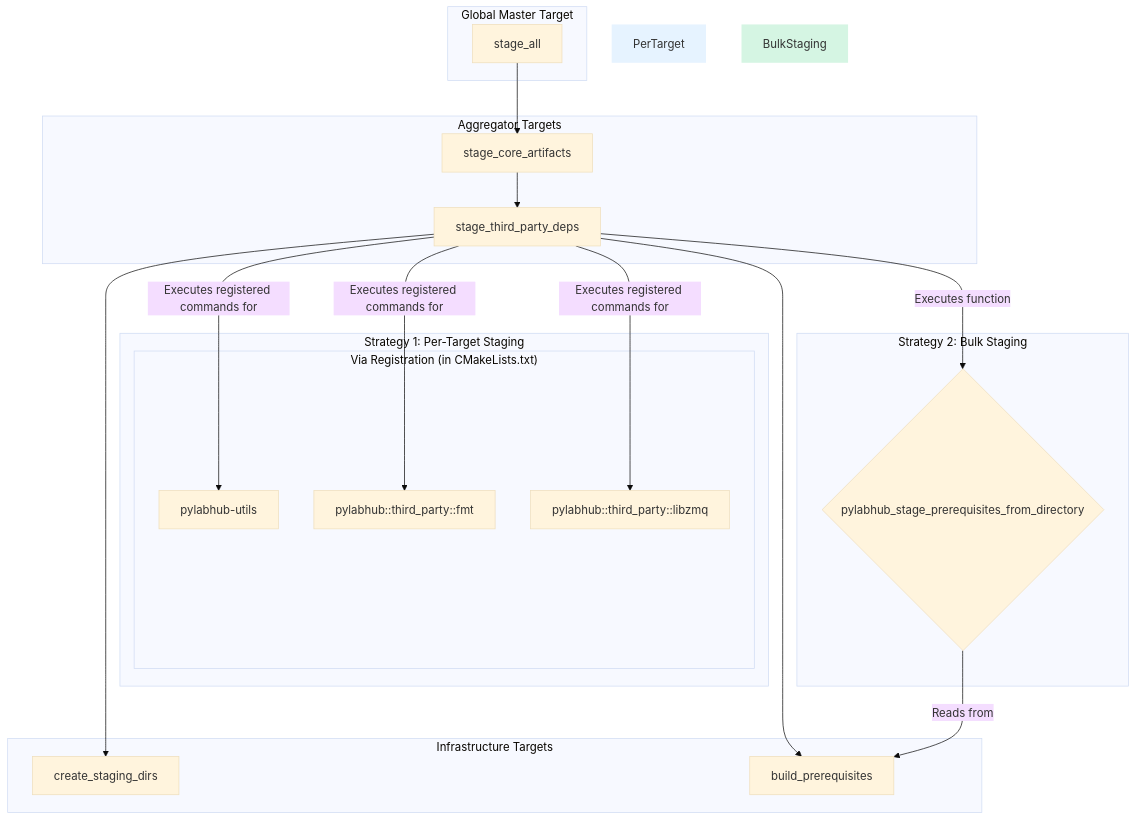
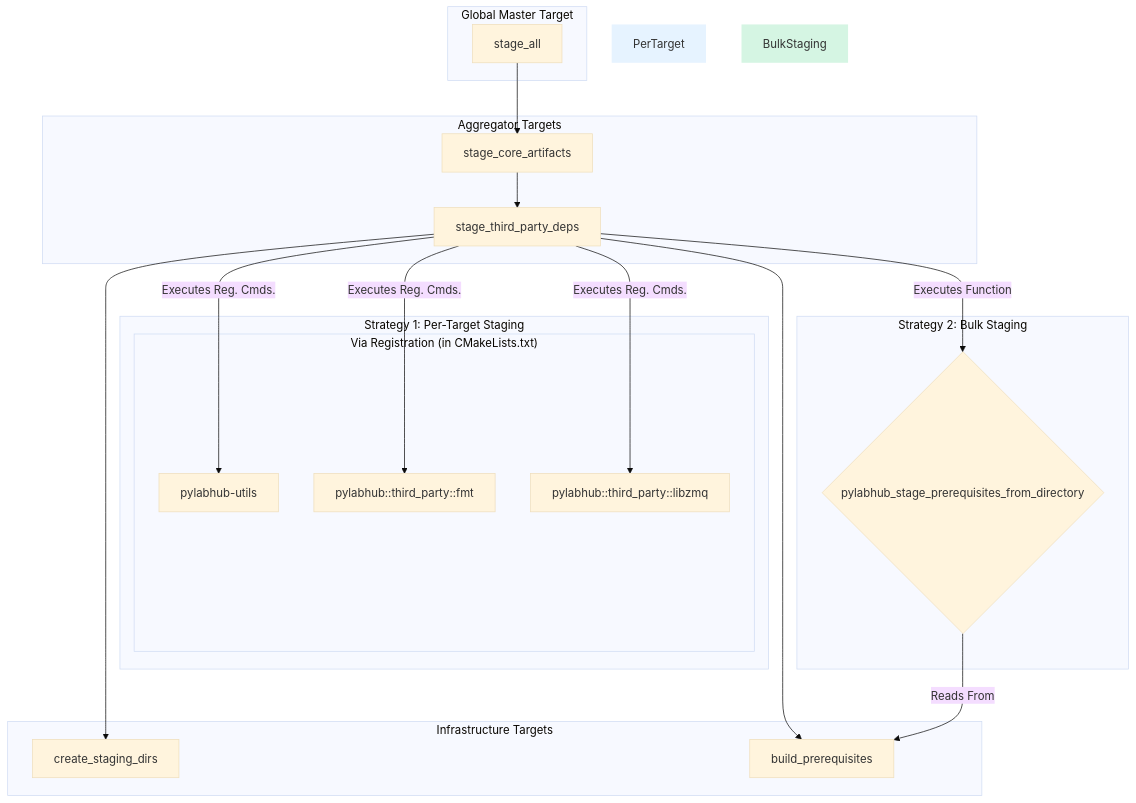
Before and after one commit to Qing-LAB/pylabhub: the second of 2 diagrams in cpp/docs/README_CMake_Design.md, drawn with Mermaid (base theme). The commit also changed other lines of this file and 8 other files, not shown here.

````diff
--- a/cpp/docs/README_CMake_Design.md
+++ b/cpp/docs/README_CMake_Design.md
@@ -133,43 +177,43 @@
 ```mermaid
 graph TD
     subgraph "Global Master Target"
         stage_all
     end
     
     subgraph "Aggregator Targets"
         stage_core_artifacts
         stage_third_party_deps
     end
     
     subgraph "Infrastructure Targets"
       create_staging_dirs
       build_prerequisites
     end
 
     %% Core Dependencies
     stage_all --> stage_core_artifacts;
     stage_core_artifacts --> stage_third_party_deps;
     stage_third_party_deps --> create_staging_dirs;
     stage_third_party_deps --> build_prerequisites;
 
     subgraph "Strategy 1: Per-Target Staging"
         style PerTarget fill:#E6F3FF,stroke-width:0
         subgraph "Via Registration (in CMakeLists.txt)"
             A[pylabhub-utils]
             B[pylabhub::third_party::fmt]
             C[pylabhub::third_party::libzmq]
         end
     end
     
     subgraph "Strategy 2: Bulk Staging"
         style BulkStaging fill:#D5F5E3,stroke-width:0
         D{pylabhub_stage_prerequisites_from_directory}
     end
 
     %% Wiring staging strategies to the aggregator
-    stage_third_party_deps -- "Executes registered commands for" --> A & B & C;
-    stage_third_party_deps -- "Executes function" --> D;
+    stage_third_party_deps -- "Executes Reg. Cmds." --> A & B & C;
+    stage_third_party_deps -- "Executes Function" --> D;
     
-    D -- "Reads from" --> build_prerequisites;
+    D -- "Reads From" --> build_prerequisites;
 
 ```
````
